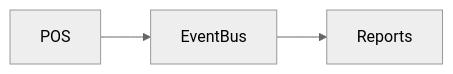
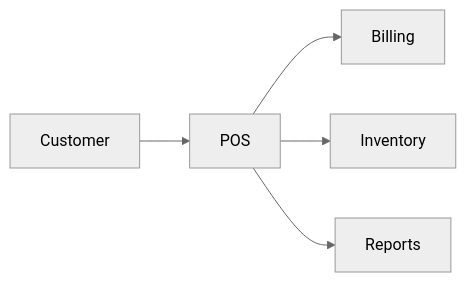
One commit to sameheg/cafeos changed the diagram in ModulesDoc/POS.md. Above: the diagram before and after it, drawn with Mermaid (neutral theme). The commit also changed other lines of this file and 21 other files, not shown here.

````diff
--- a/ModulesDoc/POS.md
+++ b/ModulesDoc/POS.md
@@ -16,5 +17,7 @@
 ```mermaid
 flowchart LR
-  A[POS] --> B[EventBus]
-  B --> C[Reports]
+  Customer --> POS
+  POS --> Billing
+  POS --> Inventory
+  POS --> Reports
 ```
````
